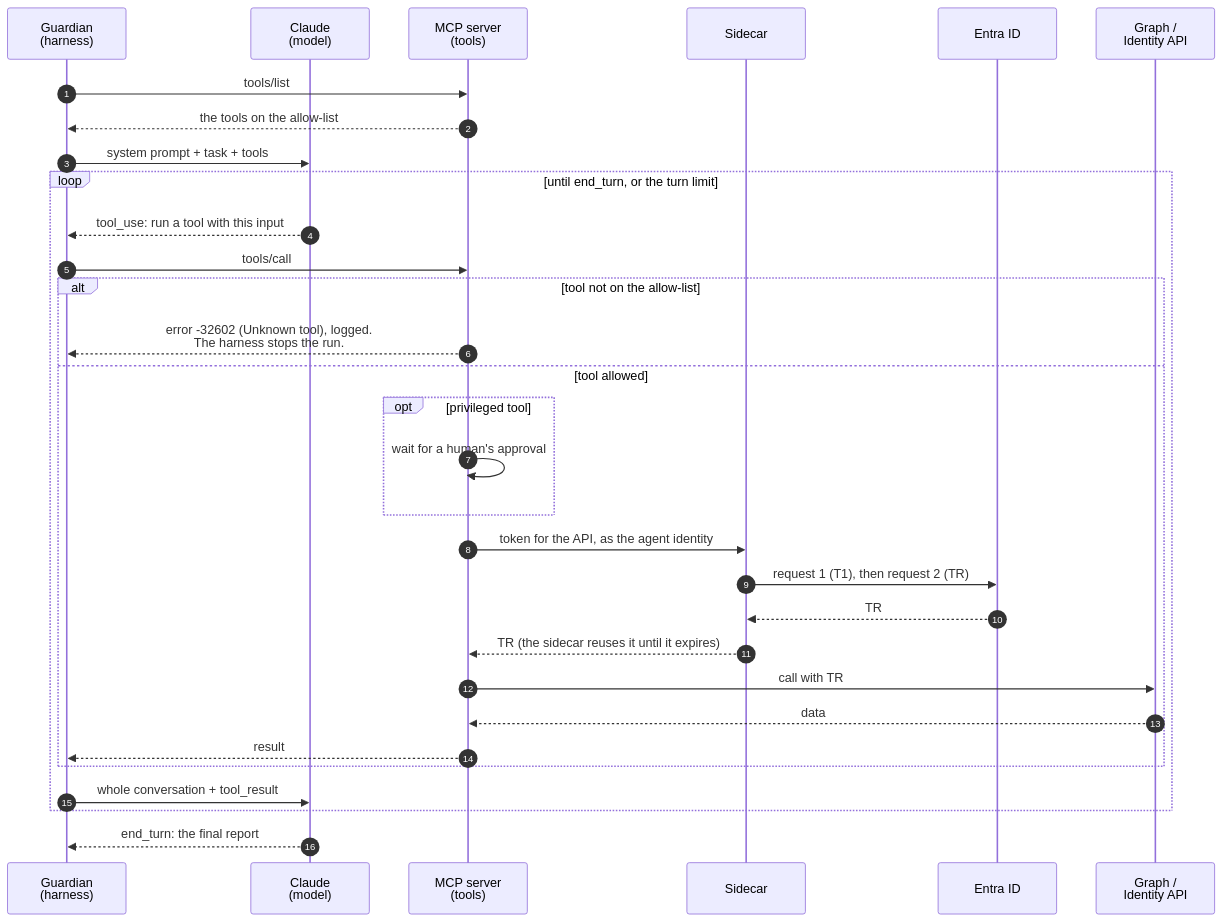
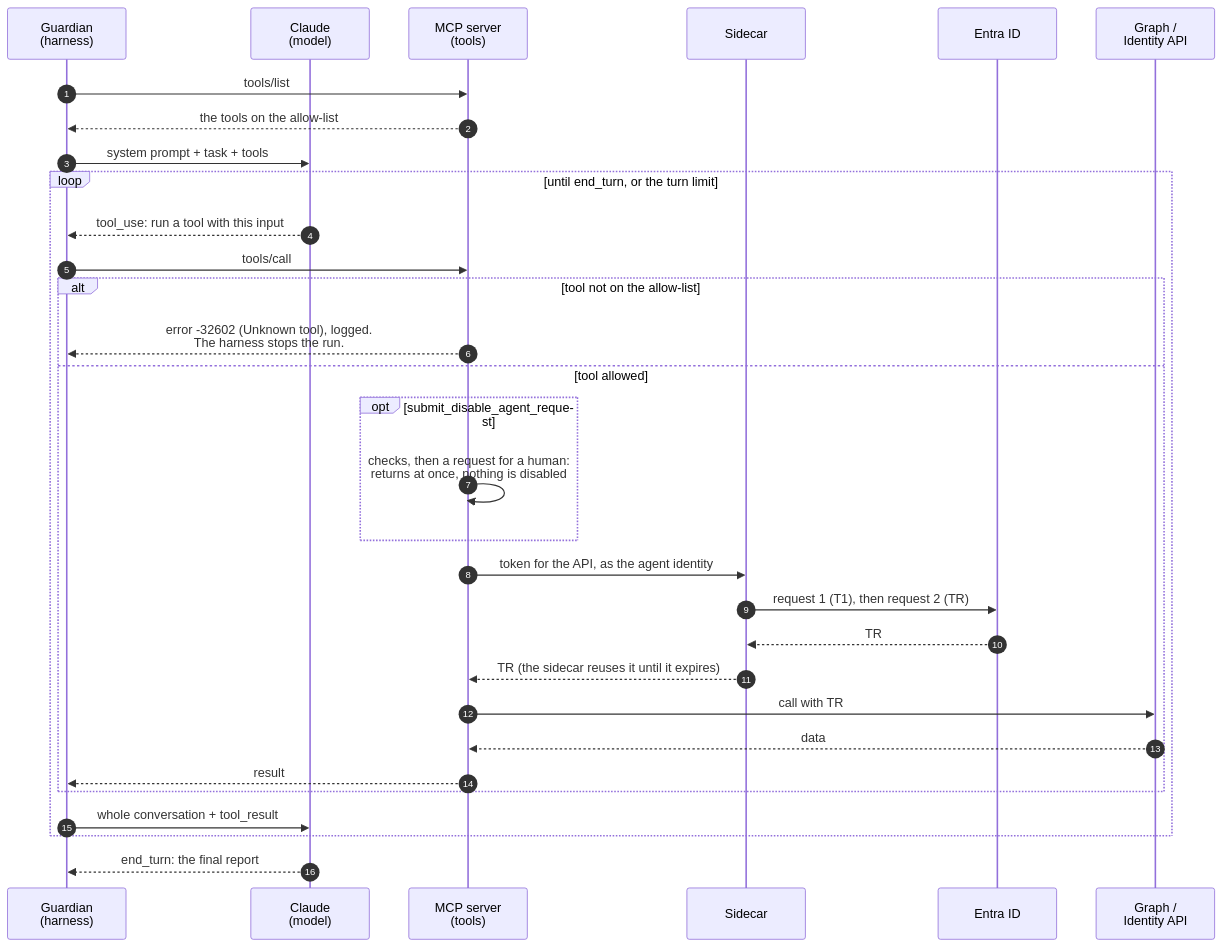
The diagram in docs/harness.md (alireza-mpr/agent-steward), drawn with Mermaid before and after one commit. The commit also changed other lines of this file and 15 other files, not shown here.

````diff
--- a/docs/harness.md
+++ b/docs/harness.md
@@ -33,34 +33,34 @@
 ```mermaid
 sequenceDiagram
     autonumber
     participant G as Guardian<br/>(harness)
     participant C as Claude<br/>(model)
     participant M as MCP server<br/>(tools)
     participant S as Sidecar
     participant E as Entra ID
     participant R as Graph /<br/>Identity API
 
     G->>M: tools/list
     M-->>G: the tools on the allow-list
     G->>C: system prompt + task + tools
     loop until end_turn, or the turn limit
         C-->>G: tool_use: run a tool with this input
         G->>M: tools/call
         alt tool not on the allow-list
             M-->>G: error -32602 (Unknown tool), logged.<br/>The harness stops the run.
         else tool allowed
-            opt privileged tool
-                M->>M: wait for a human's approval
+            opt submit_disable_agent_request
+                M->>M: checks, then a request for a human:<br/>returns at once, nothing is disabled
             end
             M->>S: token for the API, as the agent identity
             S->>E: request 1 (T1), then request 2 (TR)
             E-->>S: TR
             S-->>M: TR (the sidecar reuses it until it expires)
             M->>R: call with TR
             R-->>M: data
             M-->>G: result
         end
         G->>C: whole conversation + tool_result
     end
     C-->>G: end_turn: the final report
 ```
````
